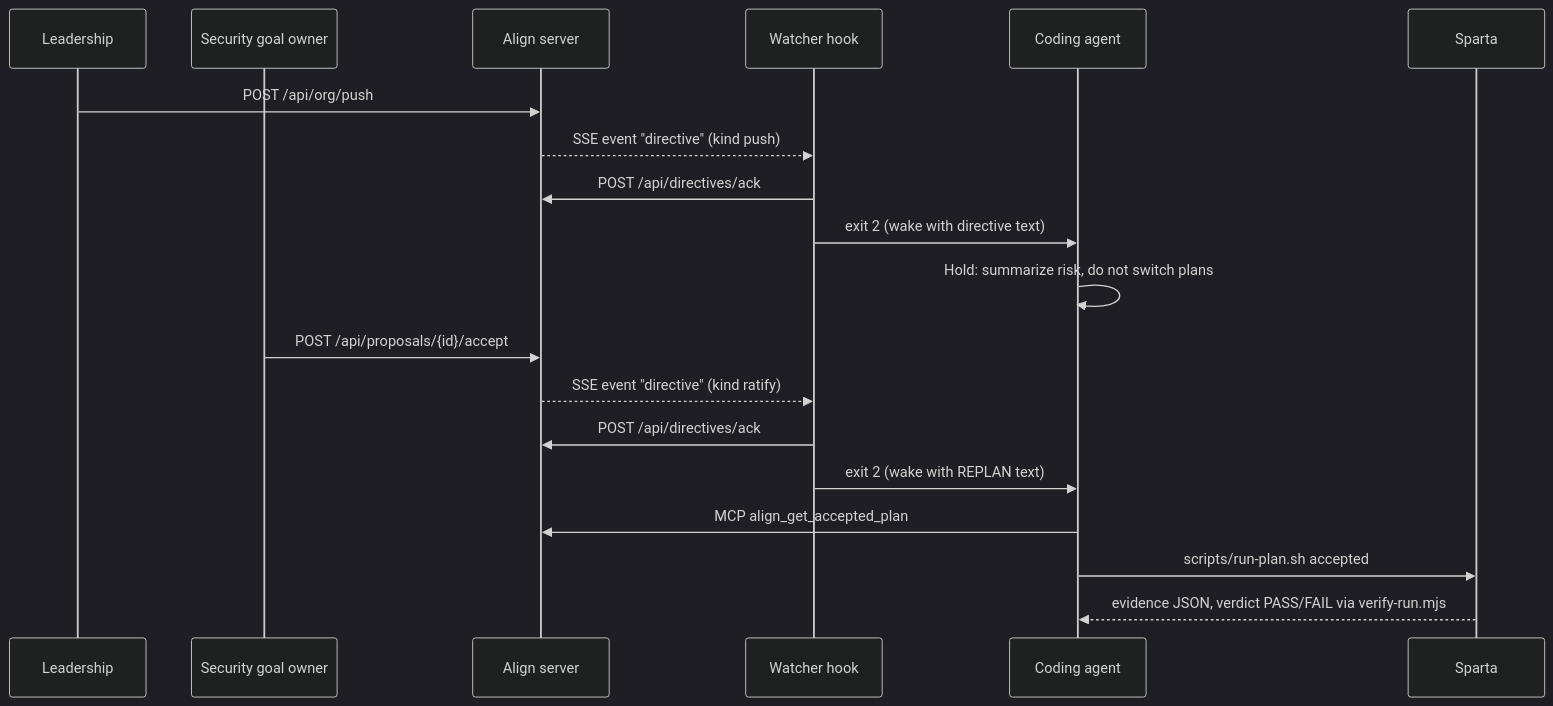
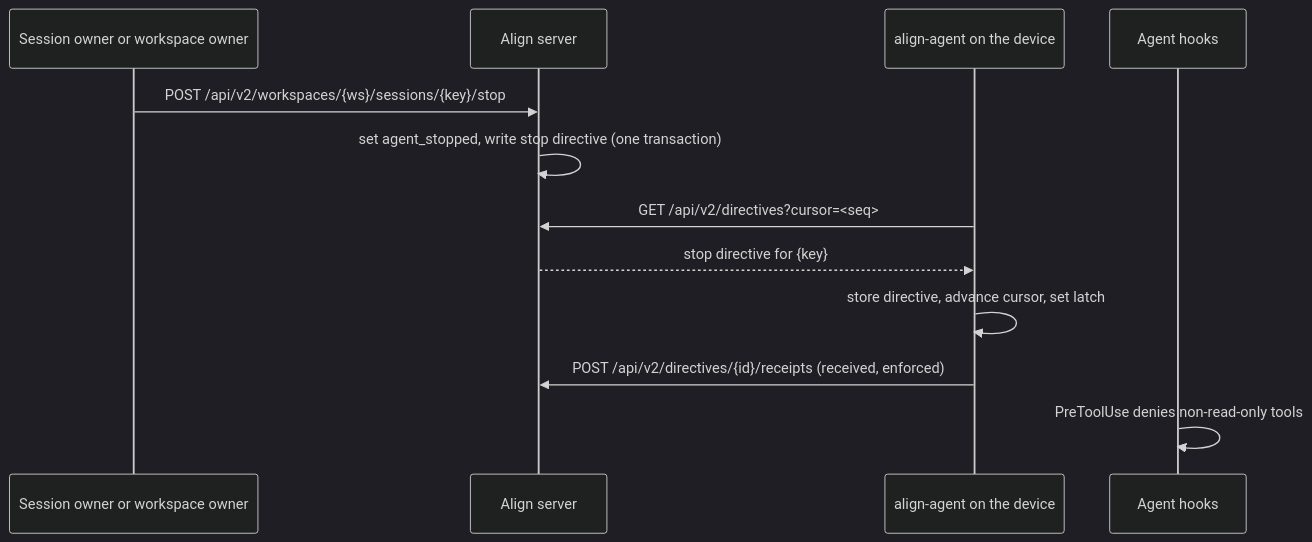
One commit to liminalworksinc/align changed the diagram in specs/align/directives.md. Above: the diagram before and after it, drawn with Mermaid (dark theme). The commit also changed other lines of this file, not shown here.

First line of the commit message:
Target spec: directives (v2 only; change-request versions; Mode L, SSE and Sparta retired)

````diff
--- a/specs/align/directives.md
+++ b/specs/align/directives.md
@@ -28,21 +36,14 @@
 ```mermaid
 sequenceDiagram
-  participant L as Leadership
-  participant O as Security goal owner
+  participant P as Session owner or workspace owner
   participant A as Align server
-  participant W as Watcher hook
-  participant C as Coding agent
-  participant S as Sparta
-  L->>A: POST /api/org/push
-  A-->>W: SSE event "directive" (kind push)
-  W->>A: POST /api/directives/ack
-  W->>C: exit 2 (wake with directive text)
-  C->>C: Hold: summarize risk, do not switch plans
-  O->>A: POST /api/proposals/{id}/accept
-  A-->>W: SSE event "directive" (kind ratify)
-  W->>A: POST /api/directives/ack
-  W->>C: exit 2 (wake with REPLAN text)
-  C->>A: MCP align_get_accepted_plan
-  C->>S: scripts/run-plan.sh accepted
-  S-->>C: evidence JSON, verdict PASS/FAIL via verify-run.mjs
+  participant D as align-agent on the device
+  participant H as Agent hooks
+  P->>A: POST /api/v2/workspaces/{ws}/sessions/{key}/stop
+  A->>A: set agent_stopped, write stop directive (one transaction)
+  D->>A: GET /api/v2/directives?cursor=<seq>
+  A-->>D: stop directive for {key}
+  D->>D: store directive, advance cursor, set latch
+  D->>A: POST /api/v2/directives/{id}/receipts (received, enforced)
+  H->>H: PreToolUse denies non-read-only tools
 ```
````
